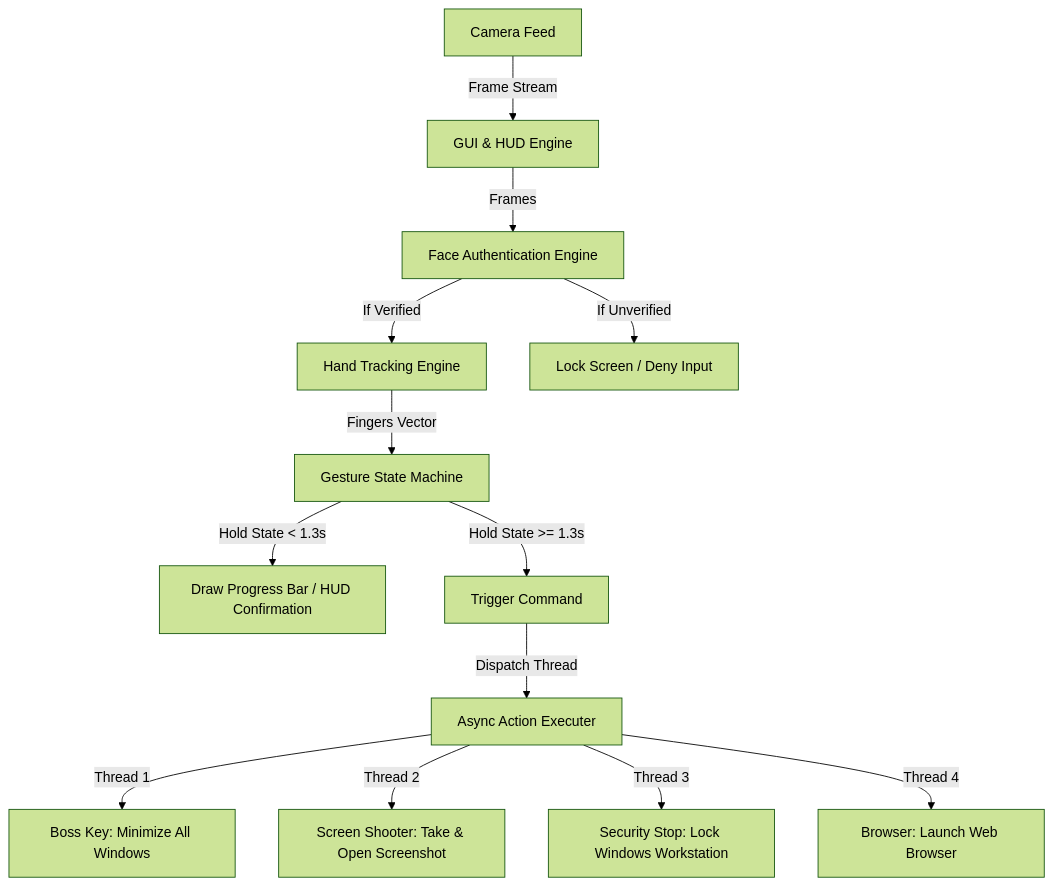
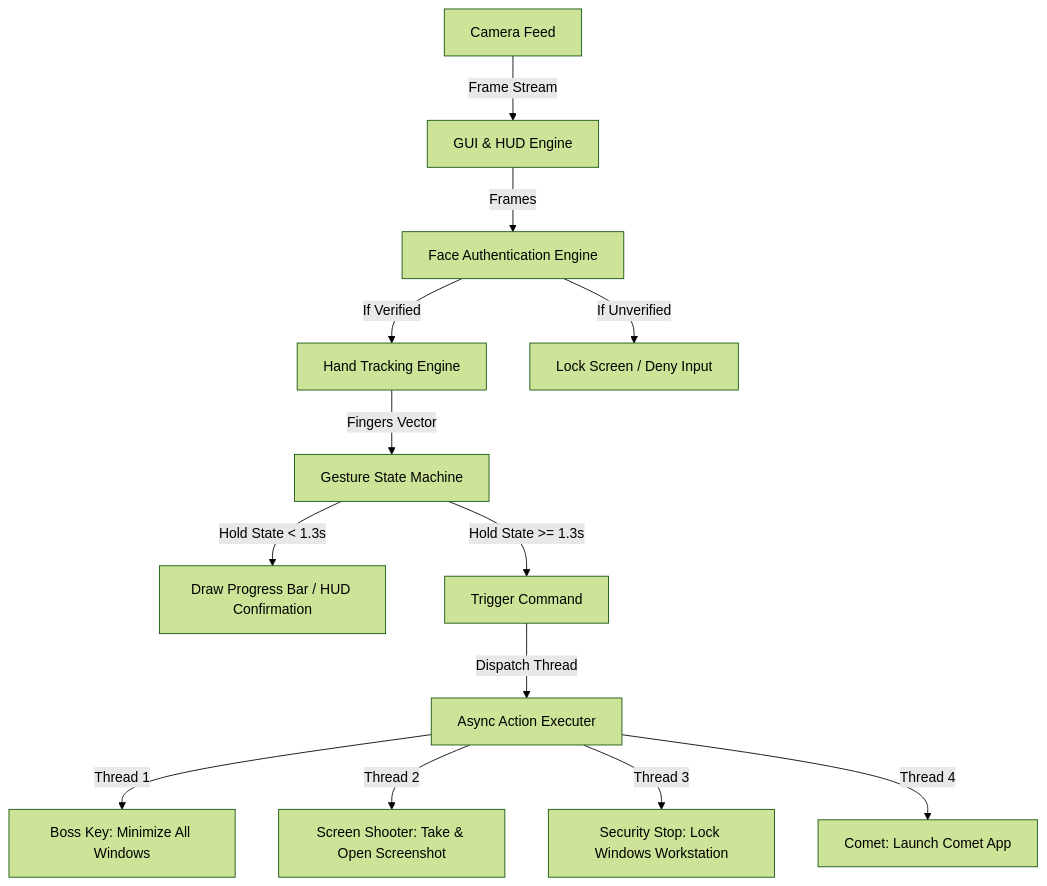
The diagram in README.md (KrishnaGupta-coder/ZeroTouchSec), drawn with Mermaid (forest theme) before and after one commit. The commit also changed other lines of this file and 1 other file, not shown here.

Commit message:
Update: Change Peace sign gesture to launch Comet app and update README.md

````diff
--- a/README.md
+++ b/README.md
@@ -42,17 +42,17 @@
 ```mermaid
 graph TD
     A[Camera Feed] -->|Frame Stream| B[GUI & HUD Engine]
     B -->|Frames| C[Face Authentication Engine]
     C -->|If Verified| D[Hand Tracking Engine]
     C -->|If Unverified| E[Lock Screen / Deny Input]
     
     D -->|Fingers Vector| F[Gesture State Machine]
     F -->|Hold State < 1.3s| G[Draw Progress Bar / HUD Confirmation]
     F -->|Hold State >= 1.3s| H[Trigger Command]
     
     H -->|Dispatch Thread| I[Async Action Executer]
     I -->|Thread 1| J[Boss Key: Minimize All Windows]
     I -->|Thread 2| K[Screen Shooter: Take & Open Screenshot]
     I -->|Thread 3| L[Security Stop: Lock Windows Workstation]
-    I -->|Thread 4| M[Browser: Launch Web Browser]
+    I -->|Thread 4| M[Comet: Launch Comet App]
 ```
````
